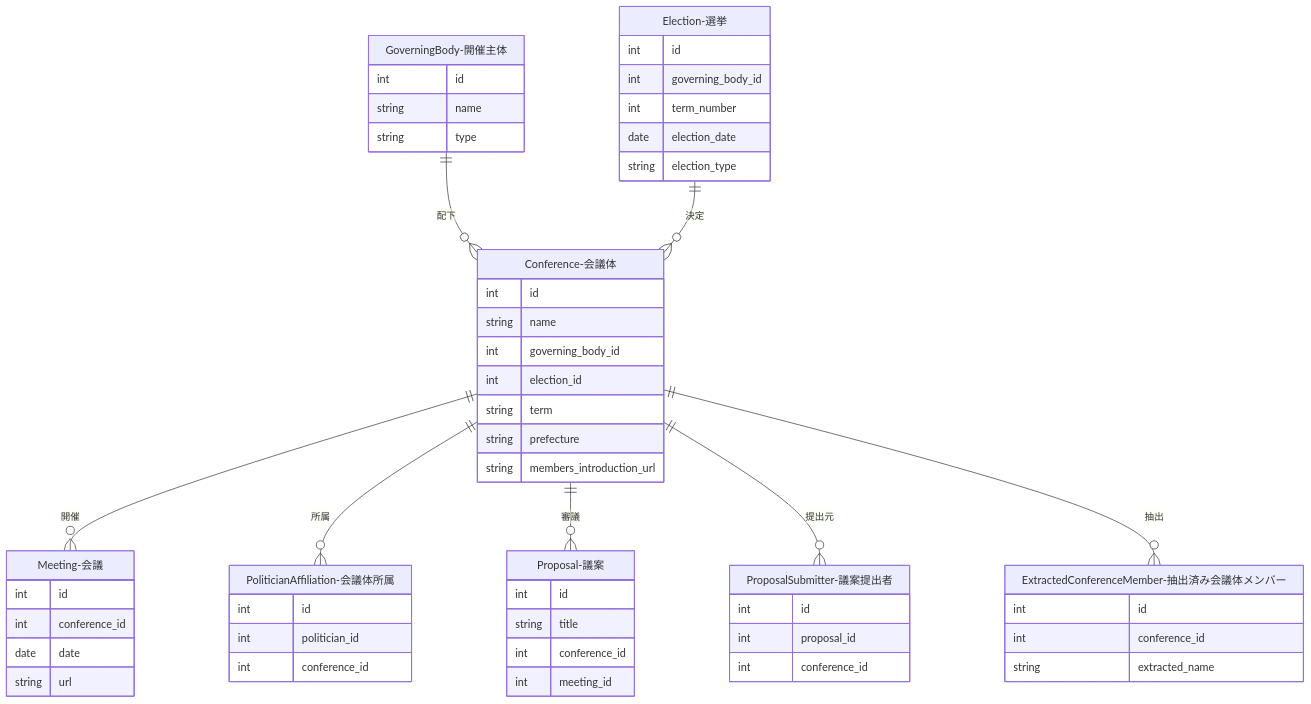
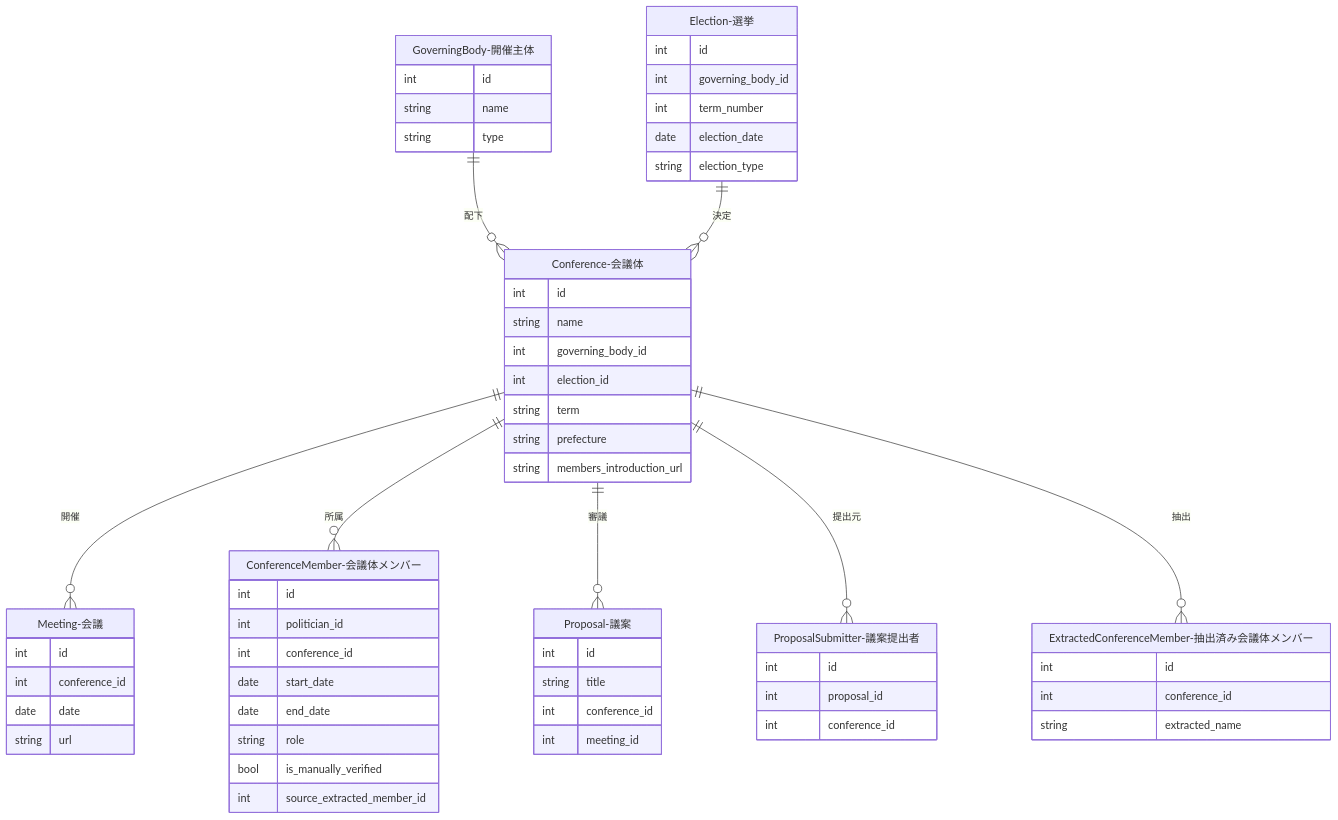
Before and after one commit to sage-base/corporation-docs: the diagram in docs/development/data-creation/conference.md, drawn with Mermaid. The commit also changed other lines of this file and 3 other files, not shown here.

````diff
--- a/docs/development/data-creation/conference.md
+++ b/docs/development/data-creation/conference.md
@@ -26,66 +26,71 @@
 ```mermaid
 erDiagram
     GoverningBody-開催主体 ||--o{ Conference-会議体 : "配下"
     Election-選挙 ||--o{ Conference-会議体 : "決定"
     Conference-会議体 ||--o{ Meeting-会議 : "開催"
-    Conference-会議体 ||--o{ PoliticianAffiliation-会議体所属 : "所属"
+    Conference-会議体 ||--o{ ConferenceMember-会議体メンバー : "所属"
     Conference-会議体 ||--o{ Proposal-議案 : "審議"
     Conference-会議体 ||--o{ ProposalSubmitter-議案提出者 : "提出元"
     Conference-会議体 ||--o{ ExtractedConferenceMember-抽出済み会議体メンバー : "抽出"
 
     GoverningBody-開催主体 {
         int id
         string name
         string type
     }
 
     Election-選挙 {
         int id
         int governing_body_id
         int term_number
         date election_date
         string election_type
     }
 
     Conference-会議体 {
         int id
         string name
         int governing_body_id
         int election_id
         string term
         string prefecture
         string members_introduction_url
     }
 
     Meeting-会議 {
         int id
         int conference_id
         date date
         string url
     }
 
-    PoliticianAffiliation-会議体所属 {
+    ConferenceMember-会議体メンバー {
         int id
         int politician_id
         int conference_id
+        date start_date
+        date end_date
+        string role
+        bool is_manually_verified
+        int source_extracted_member_id
     }
 
     Proposal-議案 {
         int id
         string title
         int conference_id
         int meeting_id
     }
 
     ProposalSubmitter-議案提出者 {
         int id
         int proposal_id
         int conference_id
     }
 
     ExtractedConferenceMember-抽出済み会議体メンバー {
         int id
         int conference_id
         string extracted_name
     }
 ```
````
